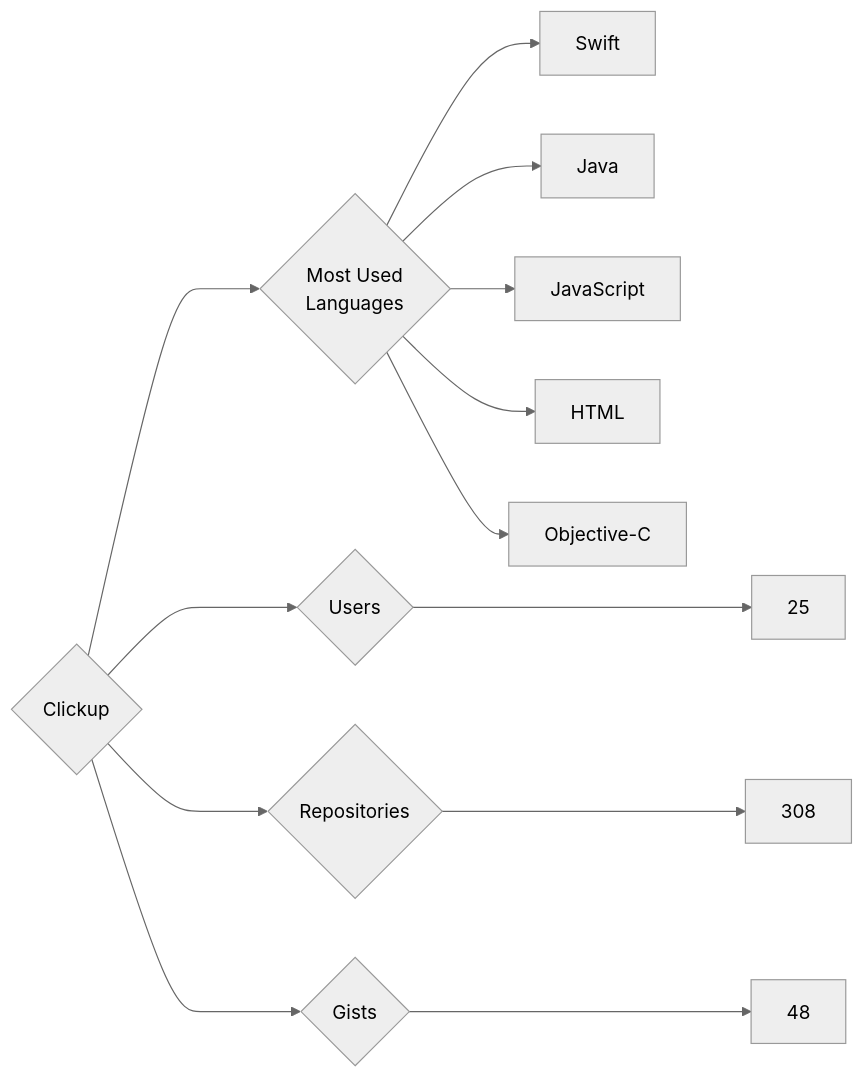
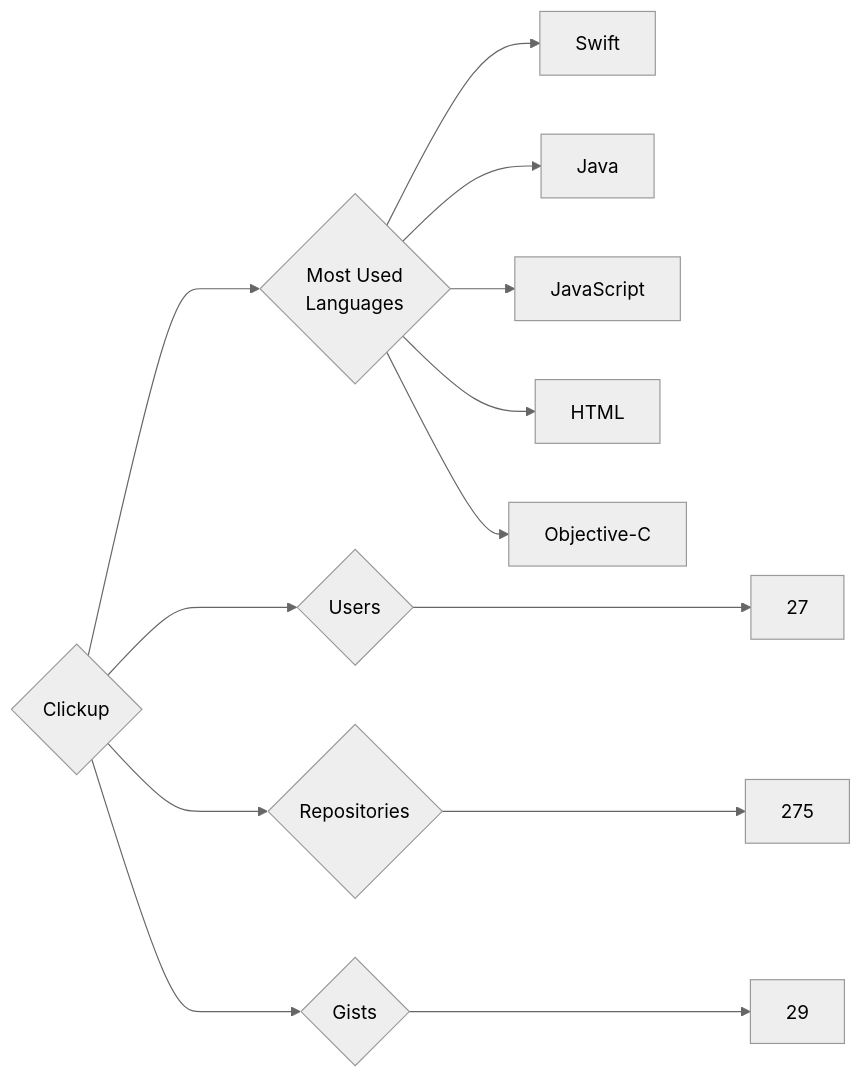
Before and after one commit to trickest/insiders: the diagram in targets/Clickup/README.md, drawn with Mermaid (neutral theme). The commit also changed 823 other files, not shown here.

````diff
--- a/targets/Clickup/README.md
+++ b/targets/Clickup/README.md
@@ -3,13 +3,13 @@
 ```mermaid
 graph LR
 COMPANY_NAME{Clickup}
-COMPANY_NAME ---> U{Users} ---> UN[25]
-COMPANY_NAME ---> R{Repositories} ---> RN[308]
-COMPANY_NAME ---> G{Gists} ---> GN[48]
+COMPANY_NAME ---> U{Users} ---> UN[27]
+COMPANY_NAME ---> R{Repositories} ---> RN[275]
+COMPANY_NAME ---> G{Gists} ---> GN[29]
 COMPANY_NAME ---> ML{Most Used<br>Languages}
 ML --> Swift[Swift]
 ML --> Java[Java]
 ML --> JavaScript[JavaScript]
 ML --> HTML[HTML]
 ML --> Objective-C[Objective-C]
 ```
````
